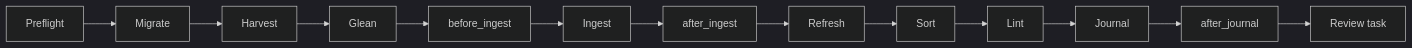
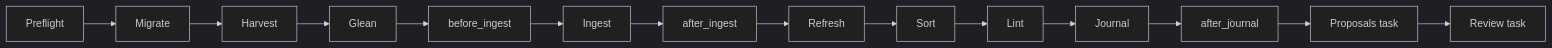
Before and after one commit to Kolibee-GmbH/m2b: the diagram in docs/curation.md, drawn with Mermaid (dark theme). The commit also changed other lines of this file and 30 other files, not shown here.

First line of the commit message:
feat(proposals): keep one task in the task list while proposals wait

````diff
--- a/docs/curation.md
+++ b/docs/curation.md
@@ -17,4 +18,4 @@
 ```mermaid
 flowchart LR
-  pre[Preflight] --> migrate[Migrate] --> harvest[Harvest] --> glean[Glean] --> before[before_ingest] --> ingest[Ingest] --> afteri[after_ingest] --> refresh[Refresh] --> sort[Sort] --> lint[Lint] --> journal[Journal] --> after[after_journal] --> review[Review task]
+  pre[Preflight] --> migrate[Migrate] --> harvest[Harvest] --> glean[Glean] --> before[before_ingest] --> ingest[Ingest] --> afteri[after_ingest] --> refresh[Refresh] --> sort[Sort] --> lint[Lint] --> journal[Journal] --> after[after_journal] --> proposals[Proposals task] --> review[Review task]
 ```
````
